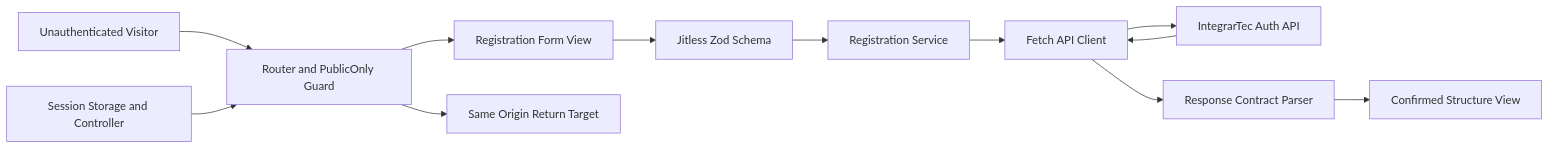
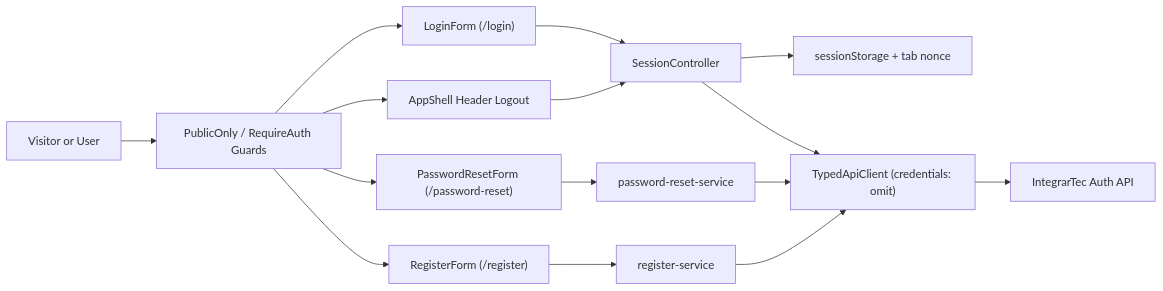
Before and after one commit to Agustin742/integratec-final-front: the diagram in docs/threat-model.md, drawn with Mermaid. The commit also changed other lines of this file and 13 other files, not shown here.

Commit message:
feat(auth): add login and password-reset contracts, services and msw handlers (#28)

````diff
--- a/docs/threat-model.md
+++ b/docs/threat-model.md
@@ -26,14 +25,17 @@
 ```mermaid
 flowchart LR
-  Visitor["Unauthenticated Visitor"] --> Router["Router and PublicOnly Guard"]
-  Router --> RegisterUI["Registration Form View"]
-  RegisterUI --> Schema["Jitless Zod Schema"]
-  Schema --> Service["Registration Service"]
-  Service --> Client["Fetch API Client"]
-  Client --> Backend["IntegrarTec Auth API"]
-  Backend --> Client
-  Client --> ResponseSchema["Response Contract Parser"]
-  ResponseSchema --> ConfirmedView["Confirmed Structure View"]
-  Router --> ReturnTarget["Same Origin Return Target"]
-  SessionStore["Session Storage and Controller"] --> Router
+  Visitor["Visitor or User"] --> Guards["PublicOnly / RequireAuth Guards"]
+  Guards --> LoginUI["LoginForm (/login)"]
+  Guards --> ResetUI["PasswordResetForm (/password-reset)"]
+  Guards --> RegUI["RegisterForm (/register)"]
+  Guards --> Shell["AppShell Header Logout"]
+  LoginUI --> Controller["SessionController"]
+  Shell --> Controller
+  ResetUI --> ResetSvc["password-reset-service"]
+  RegUI --> RegSvc["register-service"]
+  Controller --> Storage["sessionStorage + tab nonce"]
+  Controller --> Client["TypedApiClient (credentials: omit)"]
+  ResetSvc --> Client
+  RegSvc --> Client
+  Client --> API["IntegrarTec Auth API"]
 ```
````
